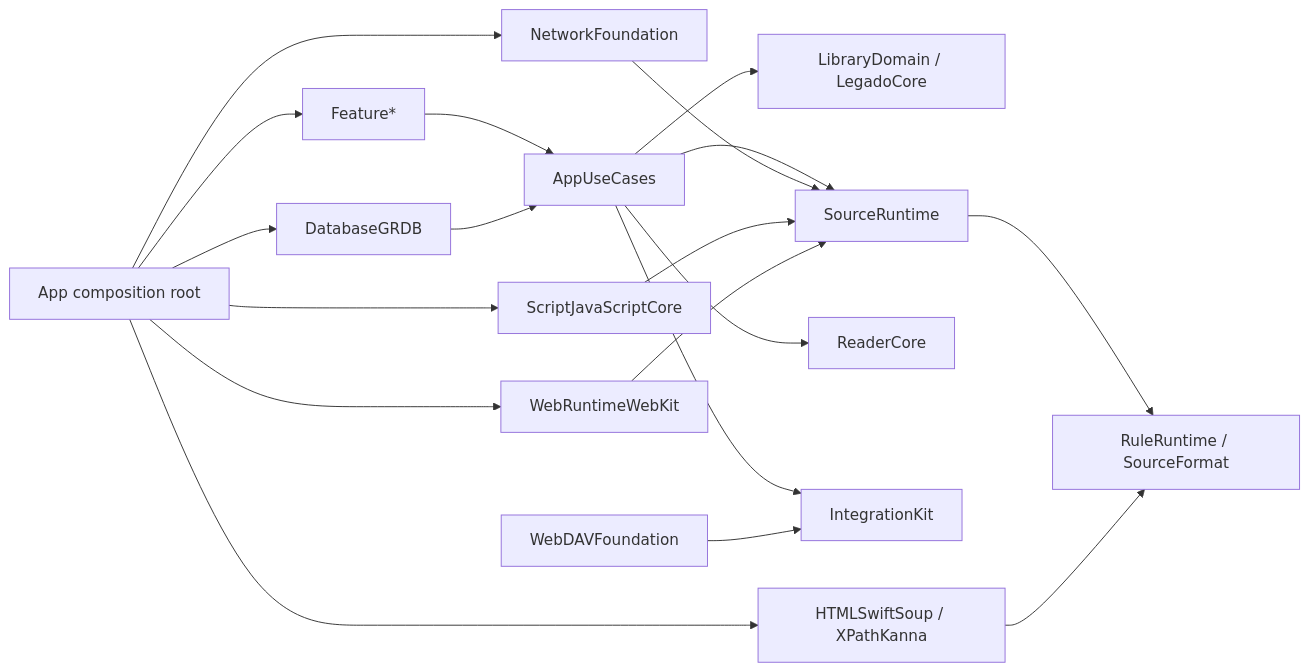
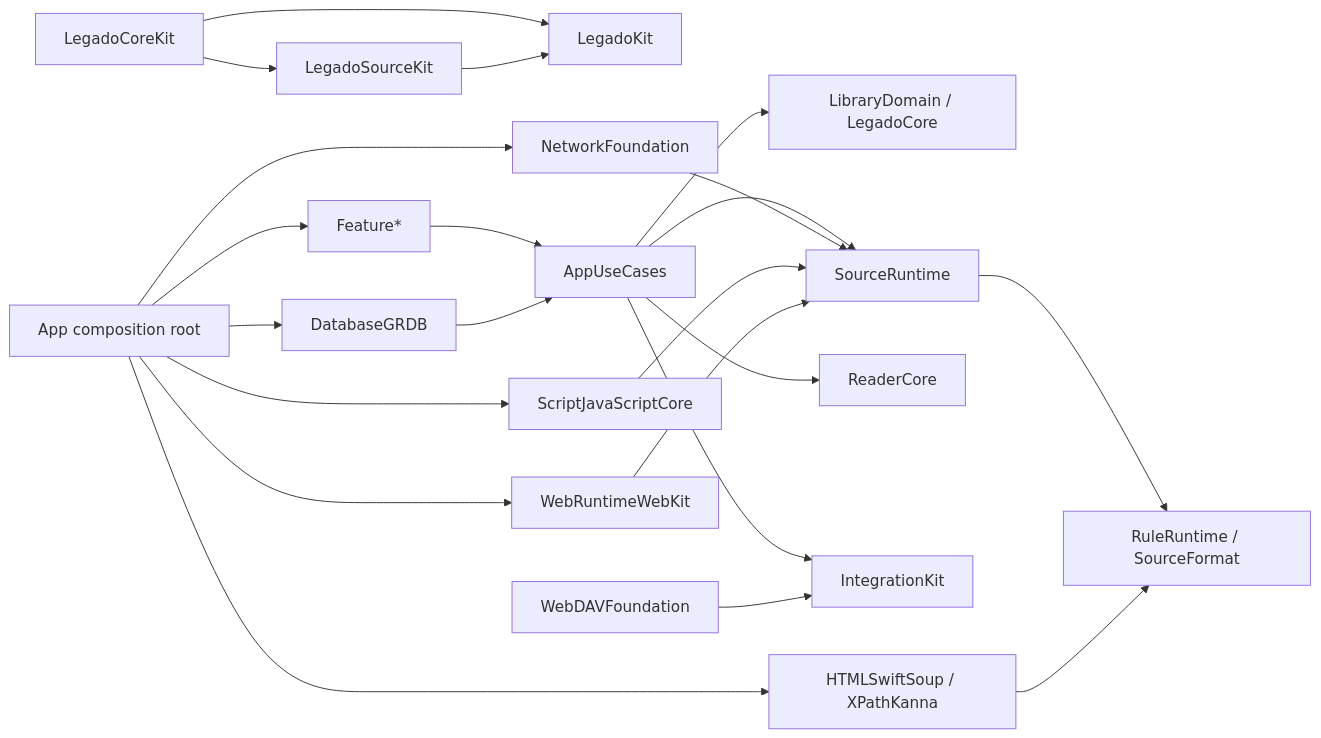
The diagram in ios/docs/architecture.md (yangtianxiang0313/legado), drawn with Mermaid before and after one commit. The commit also changed other lines of this file and 123 other files, not shown here.

````diff
--- a/ios/docs/architecture.md
+++ b/ios/docs/architecture.md
@@ -79,21 +79,24 @@
 ```mermaid
 flowchart LR
+  COREPKG["LegadoCoreKit"] --> SOURCEPKG["LegadoSourceKit"]
+  COREPKG --> APPPKG["LegadoKit"]
+  SOURCEPKG --> APPPKG
   F["Feature*"] --> U["AppUseCases"]
   U --> D["LibraryDomain / LegadoCore"]
   U --> S["SourceRuntime"]
   U --> R["ReaderCore"]
   U --> I["IntegrationKit"]
   S --> RF["RuleRuntime / SourceFormat"]
   DB["DatabaseGRDB"] --> U
   NET["NetworkFoundation"] --> S
   DAV["WebDAVFoundation"] --> I
   HTML["HTMLSwiftSoup / XPathKanna"] --> RF
   JS["ScriptJavaScriptCore"] --> S
   WEB["WebRuntimeWebKit"] --> S
   APP["App composition root"] --> F
   APP --> DB
   APP --> NET
   APP --> HTML
   APP --> JS
   APP --> WEB
 ```
````
